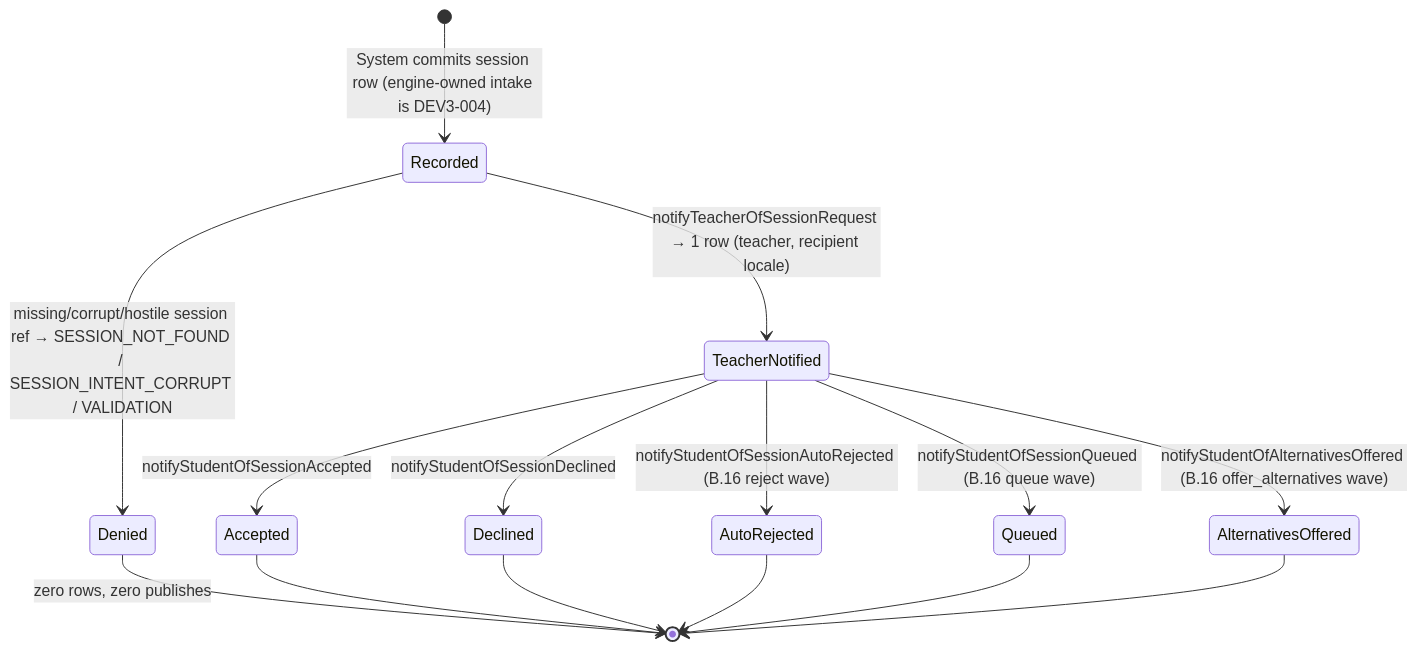
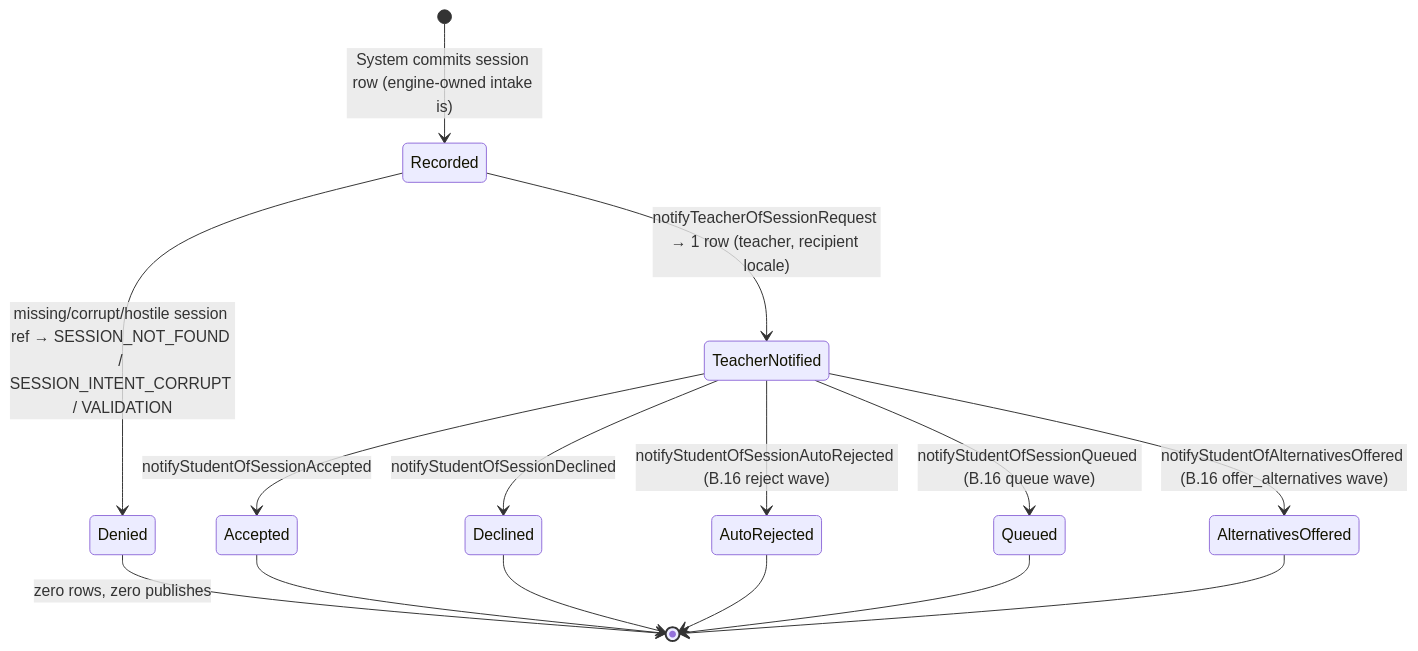
The diagram in ai/finished_plans/sprint_2/dev3-011-session-request-notification-to-teacher/plan.md (kottaby/kottaby), drawn with Mermaid before and after one commit. The commit also changed other lines of this file and 297 other files, not shown here.

````diff
--- a/ai/finished_plans/sprint_2/dev3-011-session-request-notification-to-teacher/plan.md
+++ b/ai/finished_plans/sprint_2/dev3-011-session-request-notification-to-teacher/plan.md
@@ -307,17 +307,17 @@
 ```mermaid
 stateDiagram-v2
-[*] --> Recorded: System commits session row (engine-owned intake is DEV3-004)
+[*] --> Recorded: System commits session row (engine-owned intake is)
 Recorded --> TeacherNotified: notifyTeacherOfSessionRequest → 1 row (teacher, recipient locale)
 TeacherNotified --> Accepted: notifyStudentOfSessionAccepted
 TeacherNotified --> Declined: notifyStudentOfSessionDeclined
 TeacherNotified --> AutoRejected: notifyStudentOfSessionAutoRejected (B.16 reject wave)
 TeacherNotified --> Queued: notifyStudentOfSessionQueued (B.16 queue wave)
 TeacherNotified --> AlternativesOffered: notifyStudentOfAlternativesOffered (B.16 offer_alternatives wave)
 Recorded --> Denied: missing/corrupt/hostile session ref → SESSION_NOT_FOUND / SESSION_INTENT_CORRUPT / VALIDATION
 Denied --> [*]: zero rows, zero publishes
 Accepted --> [*]
 Declined --> [*]
 AutoRejected --> [*]
 Queued --> [*]
 AlternativesOffered --> [*]
 ```
````
